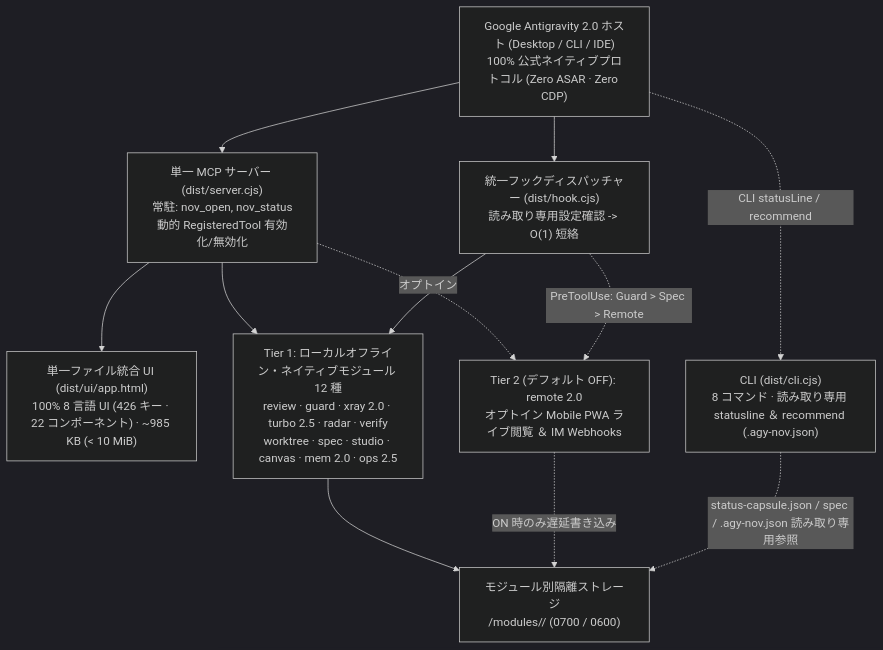
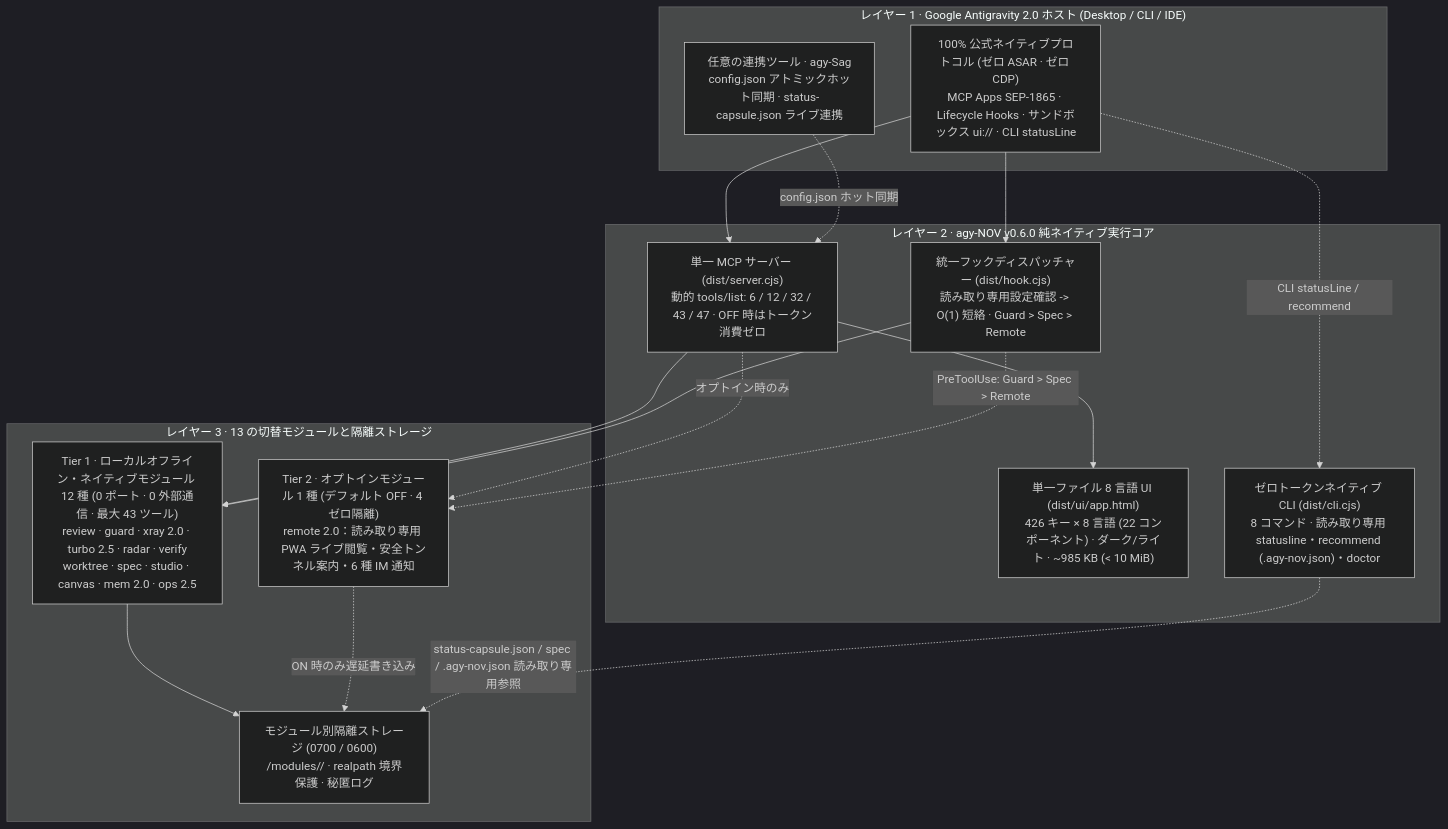
One commit to tone-leh/agy-NOV changed the diagram in docs/i18n/README.ja.md. Above: the diagram before and after it, drawn with Mermaid (dark theme). The commit also changed other lines of this file and 11 other files, not shown here.

Commit message:
docs(readme): replace stale English hero/architecture SVGs with native localized Mermaid diagrams across all 8 locales

````diff
--- a/docs/i18n/README.ja.md
+++ b/docs/i18n/README.ja.md
@@ -224,23 +207,33 @@
 ```mermaid
 flowchart TB
-  Host["Google Antigravity 2.0 ホスト (Desktop / CLI / IDE)\n100% 公式ネイティブプロトコル (Zero ASAR · Zero CDP)"]
-  MCP["単一 MCP サーバー (dist/server.cjs)\n常駐: nov_open, nov_status\n動的 RegisteredTool 有効化/無効化"]
-  UI["単一ファイル統合 UI (dist/ui/app.html)\n100% 8 言語 UI (426 キー · 22 コンポーネント) · ~985 KB (< 10 MiB)"]
-  Hook["統一フックディスパッチャー (dist/hook.cjs)\n読み取り専用設定確認 -> O(1) 短絡"]
-  CLI["CLI (dist/cli.cjs)\n8 コマンド · 読み取り専用 statusline ＆ recommend (.agy-nov.json)"]
-  Store["モジュール別隔離ストレージ\n<dataDir>/modules/<id>/ (0700 / 0600)"]
-  T1["Tier 1: ローカルオフライン・ネイティブモジュール 12 種\nreview · guard · xray 2.0 · turbo 2.5 · radar · verify\nworktree · spec · studio · canvas · mem 2.0 · ops 2.5"]
-  T2R["Tier 2 (デフォルト OFF): remote 2.0\nオプトイン Mobile PWA ライブ閲覧 ＆ IM Webhooks"]
+  subgraph L1["レイヤー 1 · Google Antigravity 2.0 ホスト (Desktop / CLI / IDE)"]
+    Host["100% 公式ネイティブプロトコル (ゼロ ASAR · ゼロ CDP)\nMCP Apps SEP-1865 · Lifecycle Hooks · サンドボックス ui:// · CLI statusLine"]
+    Sag["任意の連携ツール · agy-Sag\nconfig.json アトミックホット同期 · status-capsule.json ライブ連携"]
+  end
+
+  subgraph L2["レイヤー 2 · agy-NOV v0.6.0 純ネイティブ実行コア"]
+    MCP["単一 MCP サーバー (dist/server.cjs)\n動的 tools/list: 6 / 12 / 32 / 43 / 47 · OFF 時はトークン消費ゼロ"]
+    Hook["統一フックディスパッチャー (dist/hook.cjs)\n読み取り専用設定確認 -> O(1) 短絡 · Guard > Spec > Remote"]
+    UI["単一ファイル 8 言語 UI (dist/ui/app.html)\n426 キー × 8 言語 (22 コンポーネント) · ダーク/ライト · ~985 KB (< 10 MiB)"]
+    CLI["ゼロトークンネイティブ CLI (dist/cli.cjs)\n8 コマンド · 読み取り専用 statusline・recommend (.agy-nov.json)・doctor"]
+  end
+
+  subgraph L3["レイヤー 3 · 13 の切替モジュールと隔離ストレージ"]
+    T1["Tier 1 · ローカルオフライン・ネイティブモジュール 12 種 (0 ポート · 0 外部通信 · 最大 43 ツール)\nreview · guard · xray 2.0 · turbo 2.5 · radar · verify\nworktree · spec · studio · canvas · mem 2.0 · ops 2.5"]
+    T2R["Tier 2 · オプトインモジュール 1 種 (デフォルト OFF · 4 ゼロ隔離)\nremote 2.0：読み取り専用 PWA ライブ閲覧・安全トンネル案内・6 種 IM 通知"]
+    Store["モジュール別隔離ストレージ (0700 / 0600)\n<dataDir>/modules/<id>/ · realpath 境界保護 · 秘匿ログ"]
+  end
 
   Host --> MCP
   Host --> Hook
   Host -. "CLI statusLine / recommend" .-> CLI
+  Sag -. "config.json ホット同期" .-> MCP
   MCP --> UI
   MCP --> T1
-  MCP -. "オプトイン" .-> T2R
+  MCP -. "オプトイン時のみ" .-> T2R
   Hook --> T1
   Hook -. "PreToolUse: Guard > Spec > Remote" .-> T2R
   T1 --> Store
   T2R -. "ON 時のみ遅延書き込み" .-> Store
   CLI -. "status-capsule.json / spec / .agy-nov.json 読み取り専用参照" .-> Store
 ```
````
